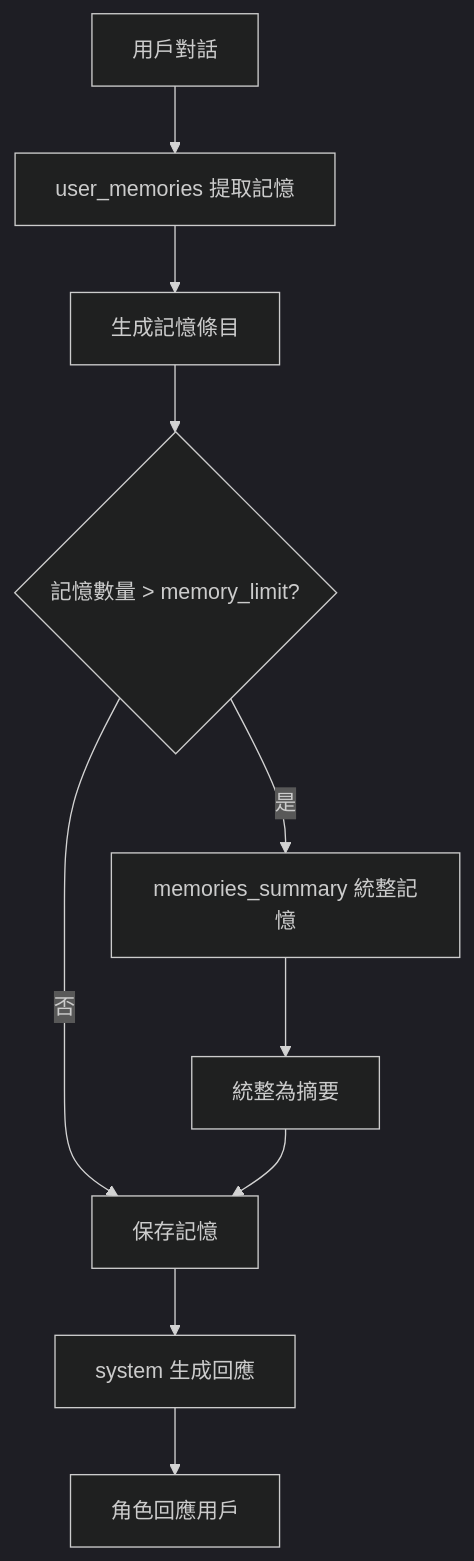
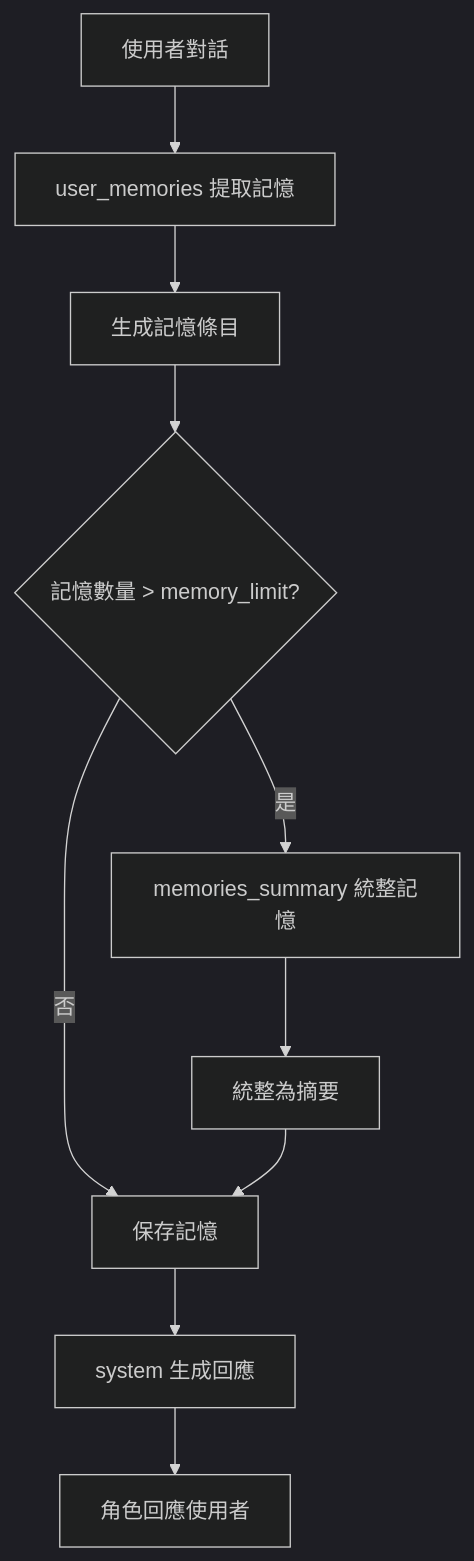
Before and after one commit to kikyoicecream/kikyo_discord_bot: the first of 2 diagrams in README.md, drawn with Mermaid (dark theme). The commit also changed other lines of this file and 2 other files, not shown here.

````diff
--- a/README.md
+++ b/README.md
@@ -108,12 +111,12 @@
 ```mermaid
 graph TD
-    A[用戶對話] --> B[user_memories 提取記憶]
+    A[使用者對話] --> B[user_memories 提取記憶]
     B --> C[生成記憶條目]
     C --> D{記憶數量 > memory_limit?}
     D -->|是| E[memories_summary 統整記憶]
     D -->|否| F[保存記憶]
     E --> G[統整為摘要]
     G --> F
     F --> H[system 生成回應]
-    H --> I[角色回應用戶]
+    H --> I[角色回應使用者]
 ```
````
